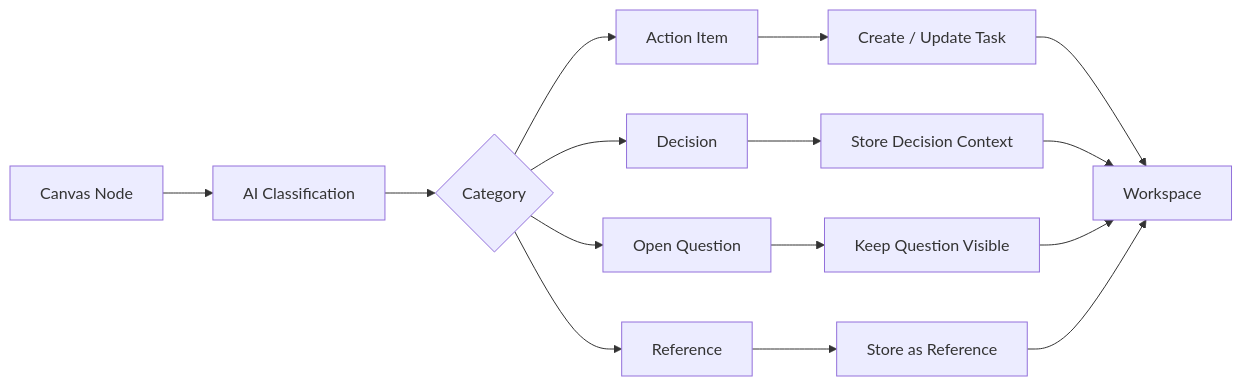
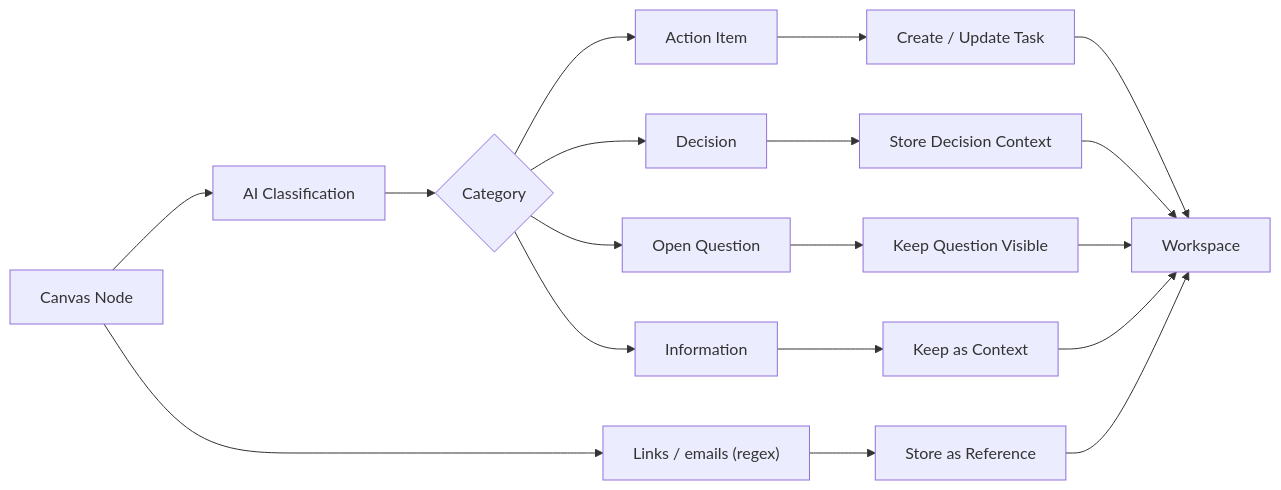
One commit to Abdulrahman10724/Scrybe changed the first of 4 diagrams in README.md. Above: the diagram before and after it, drawn with Mermaid. The commit also changed other lines of this file and 12 other files, not shown here.

````diff
--- a/README.md
+++ b/README.md
@@ -210,22 +213,25 @@
 ```mermaid
 flowchart LR
 
     A["Canvas Node"] --> B["AI Classification"]
 
     B --> C{"Category"}
 
     C --> D["Action Item"]
     C --> E["Decision"]
     C --> F["Open Question"]
-    C --> G["Reference"]
+    C --> M["Information"]
+    A --> G["Links / emails (regex)"]
 
     D --> H["Create / Update Task"]
     E --> I["Store Decision Context"]
     F --> J["Keep Question Visible"]
+    M --> N["Keep as Context"]
     G --> K["Store as Reference"]
 
     H --> L["Workspace"]
     I --> L
     J --> L
+    N --> L
     K --> L
 ```
````
